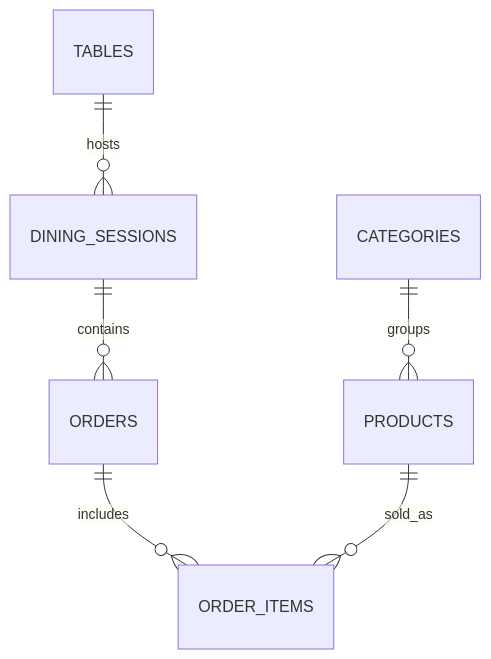
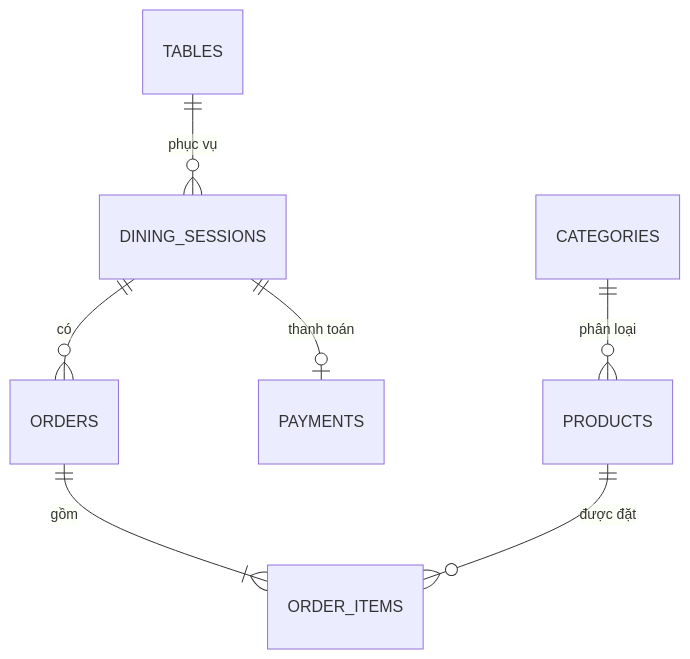
One commit to DinhLoc06/QRFood changed the diagram in docs/database.md. Above: the diagram before and after it, drawn with Mermaid. The commit also changed other lines of this file and 56 other files, not shown here.

Commit message:
feat: complete local QRFood ordering and payment flow

````diff
--- a/docs/database.md
+++ b/docs/database.md
@@ -19,8 +63,9 @@
 ```mermaid
 erDiagram
-  TABLES ||--o{ DINING_SESSIONS : hosts
-  DINING_SESSIONS ||--o{ ORDERS : contains
-  ORDERS ||--o{ ORDER_ITEMS : includes
-  CATEGORIES ||--o{ PRODUCTS : groups
-  PRODUCTS ||--o{ ORDER_ITEMS : sold_as
+    TABLES ||--o{ DINING_SESSIONS : "phục vụ"
+    DINING_SESSIONS ||--o{ ORDERS : "có"
+    DINING_SESSIONS ||--o| PAYMENTS : "thanh toán"
+    CATEGORIES ||--o{ PRODUCTS : "phân loại"
+    ORDERS ||--|{ ORDER_ITEMS : "gồm"
+    PRODUCTS ||--o{ ORDER_ITEMS : "được đặt"
 ```
````
